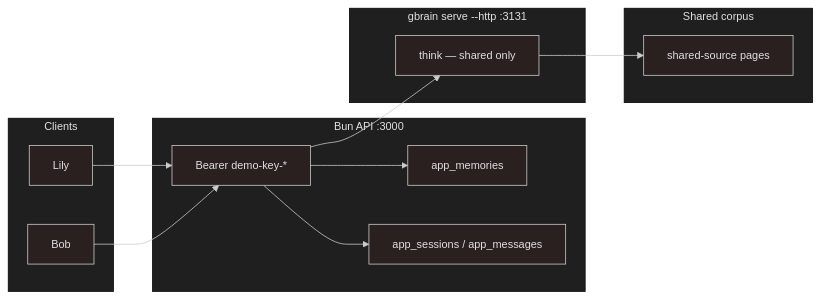
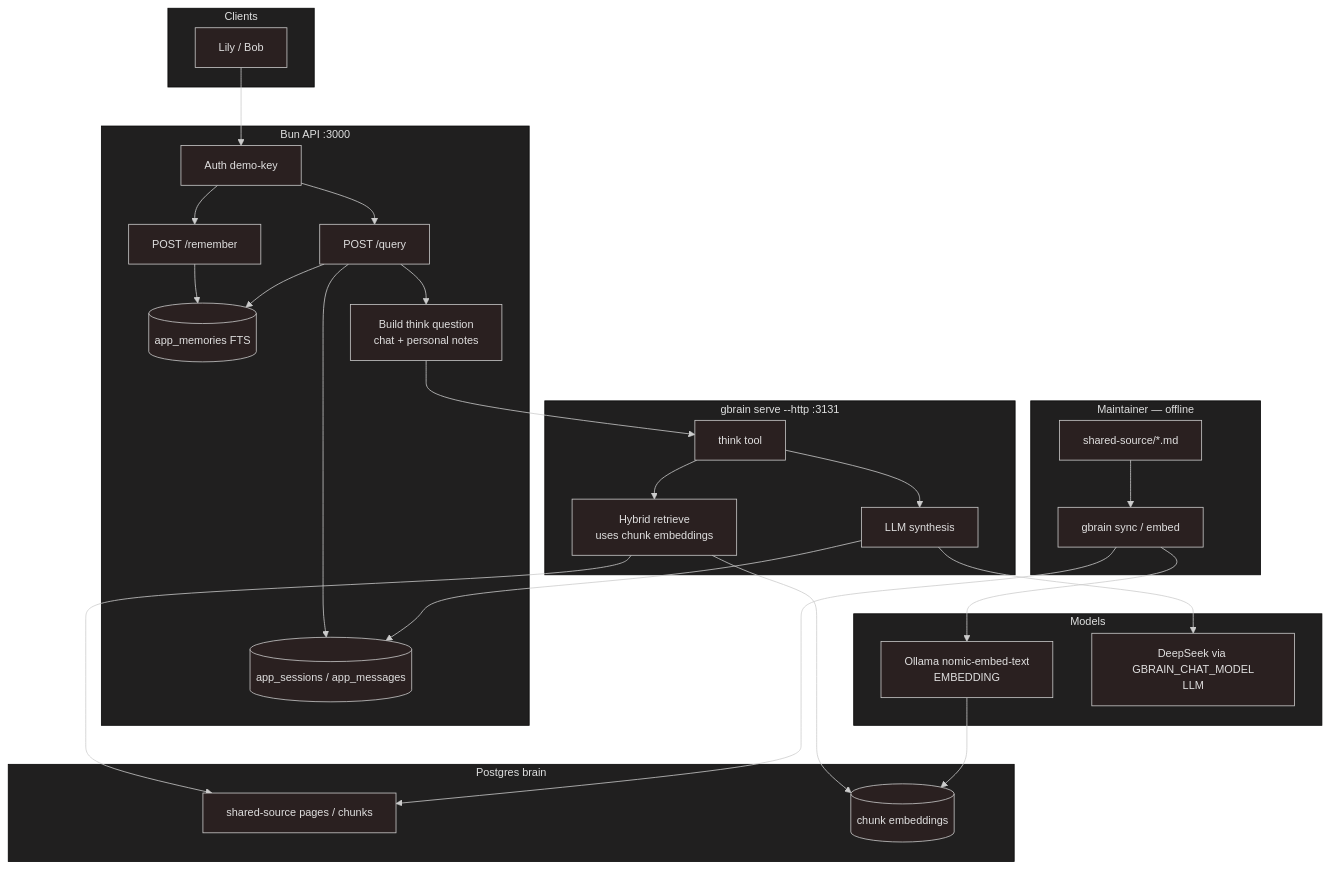
One commit to kyung-lee-official/gbrain-sandbox changed the diagram in README.md. Above: the diagram before and after it, drawn with Mermaid. The commit also changed other lines of this file, not shown here.

Commit message:
refactor: update flowchart and enhance README for Bun API interactions

````diff
--- a/README.md
+++ b/README.md
@@ -26,25 +26,60 @@
 ```mermaid
 %%{init: {'theme': 'neo-dark'}}%%
-flowchart LR
+flowchart TB
   subgraph clients [Clients]
-    Lily[Lily]
-    Bob[Bob]
+    Lily[Lily / Bob]
   end
+
   subgraph bun [Bun API :3000]
-    Auth[Bearer demo-key-*]
-    Mem[app_memories]
-    Chat[app_sessions / app_messages]
+    Auth[Auth demo-key]
+    Remember["POST /remember"]
+    Query["POST /query"]
+    Mem[(app_memories FTS)]
+    Chat[(app_sessions / app_messages)]
+    Build[Build think question<br/>chat + personal notes]
   end
+
+  subgraph maintainer [Maintainer — offline]
+    MD[shared-source/*.md]
+    Sync["gbrain sync / embed"]
+  end
+
   subgraph gbrain [gbrain serve --http :3131]
-    Think[think — shared only]
+    Think[think tool]
+    Retrieve[Hybrid retrieve<br/>uses chunk embeddings]
+    Synth[LLM synthesis]
   end
-  subgraph shared [Shared corpus]
-    Pages[shared-source pages]
+
+  subgraph models [Models]
+    Ollama["Ollama nomic-embed-text<br/>EMBEDDING"]
+    DeepSeek["DeepSeek via GBRAIN_CHAT_MODEL<br/>LLM"]
   end
+
+  subgraph store [Postgres brain]
+    Pages[shared-source pages / chunks]
+    Embs[(chunk embeddings)]
+  end
+
   Lily --> Auth
-  Bob --> Auth
-  Auth --> Mem
-  Auth --> Chat
-  Auth --> Think
-  Think --> Pages
+  Auth --> Remember
+  Auth --> Query
+
+  Remember --> Mem
+
+  Query --> Chat
+  Query --> Mem
+  Query --> Build
+  Build --> Think
+
+  Think --> Retrieve
+  Retrieve --> Pages
+  Retrieve --> Embs
+  Think --> Synth
+  Synth --> DeepSeek
+  Synth --> Chat
+
+  MD --> Sync
+  Sync --> Pages
+  Sync --> Ollama
+  Ollama --> Embs
 ```
````
